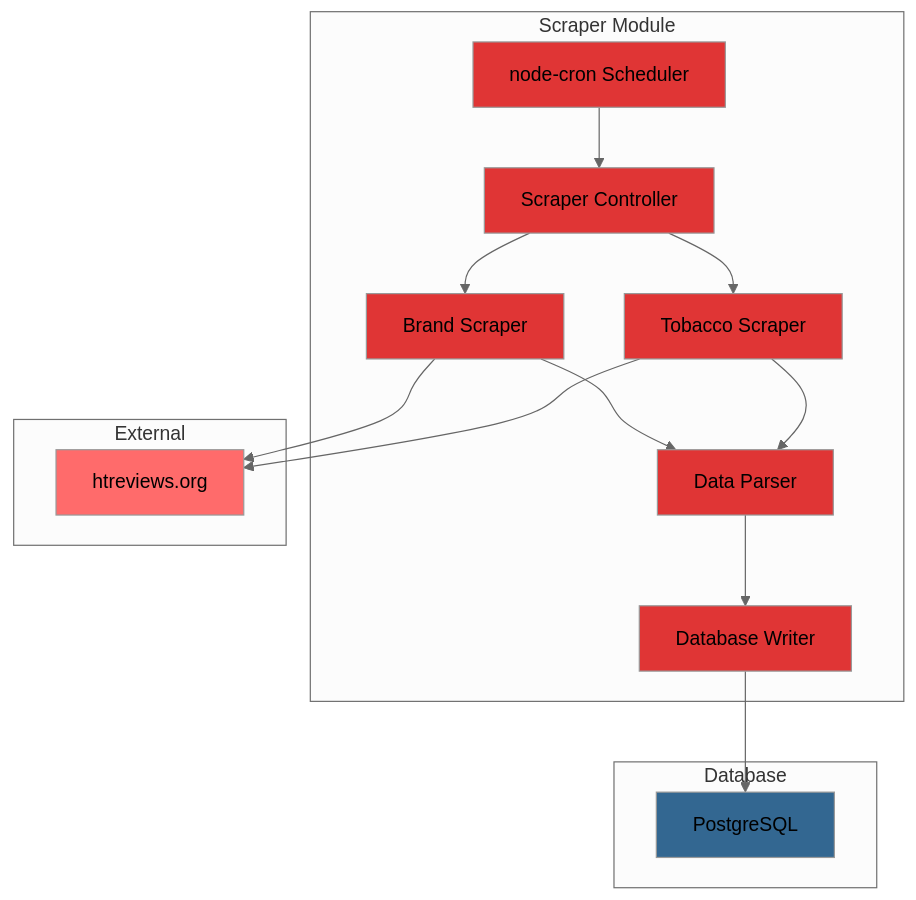
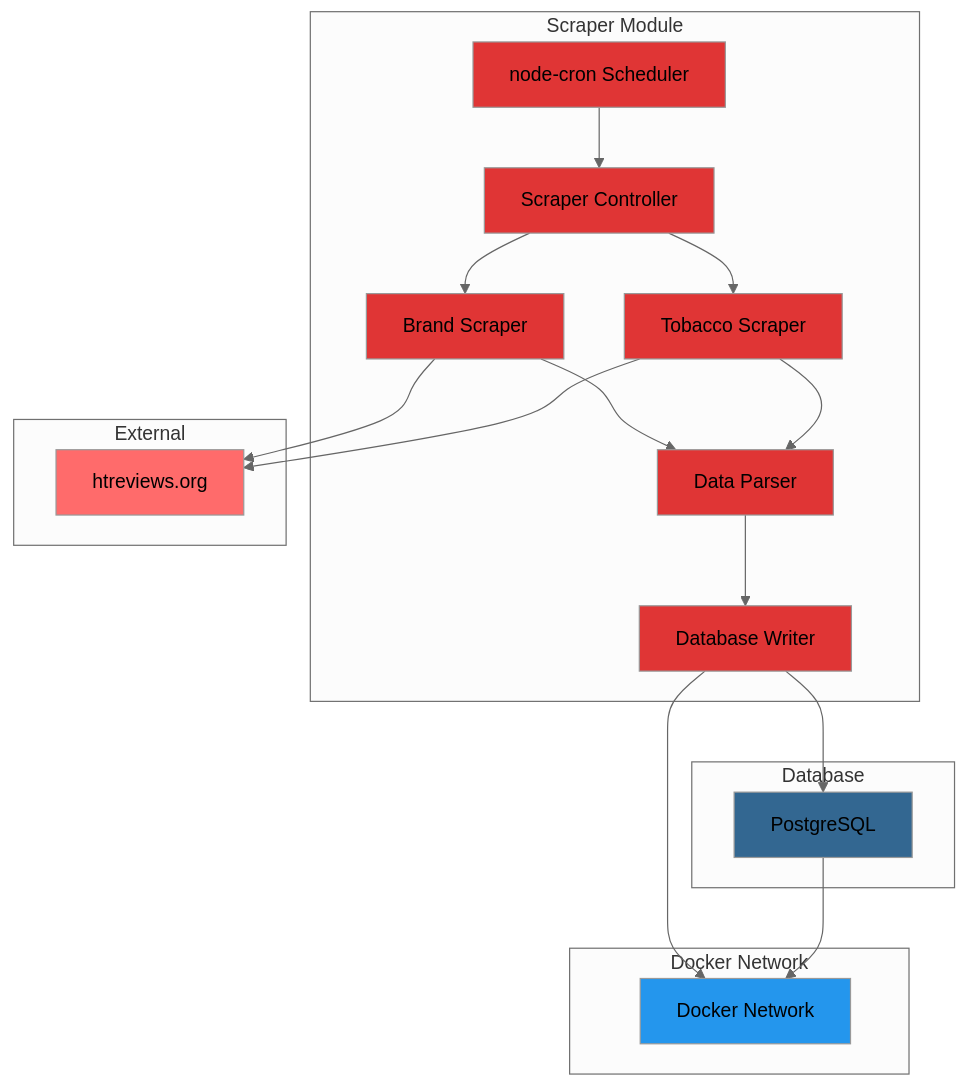
The diagram in plans/07-scraper-module.md (Zenderg/hookah-wishlist), drawn with Mermaid (neutral theme) before and after one commit. The commit also changed other lines of this file and 11 other files, not shown here.

````diff
--- a/plans/07-scraper-module.md
+++ b/plans/07-scraper-module.md
@@ -17,38 +17,45 @@
 ```mermaid
 graph TB
     subgraph "Scraper Module"
         A[node-cron Scheduler]
         B[Scraper Controller]
         C[Brand Scraper]
         D[Tobacco Scraper]
         E[Data Parser]
         F[Database Writer]
     end
     
     subgraph "External"
         G[htreviews.org]
     end
     
     subgraph "Database"
         H[PostgreSQL]
     end
     
+    subgraph "Docker Network"
+        I[Docker Network]
+    end
+    
     A --> B
     B --> C
     B --> D
     C --> G
     D --> G
     C --> E
     D --> E
     E --> F
     F --> H
+    F --> I
+    H --> I
     
     style A fill:#e03535
     style B fill:#e03535
     style C fill:#e03535
     style D fill:#e03535
     style E fill:#e03535
     style F fill:#e03535
     style G fill:#ff6b6b
     style H fill:#336791
+    style I fill:#2496ed
 ```
````
